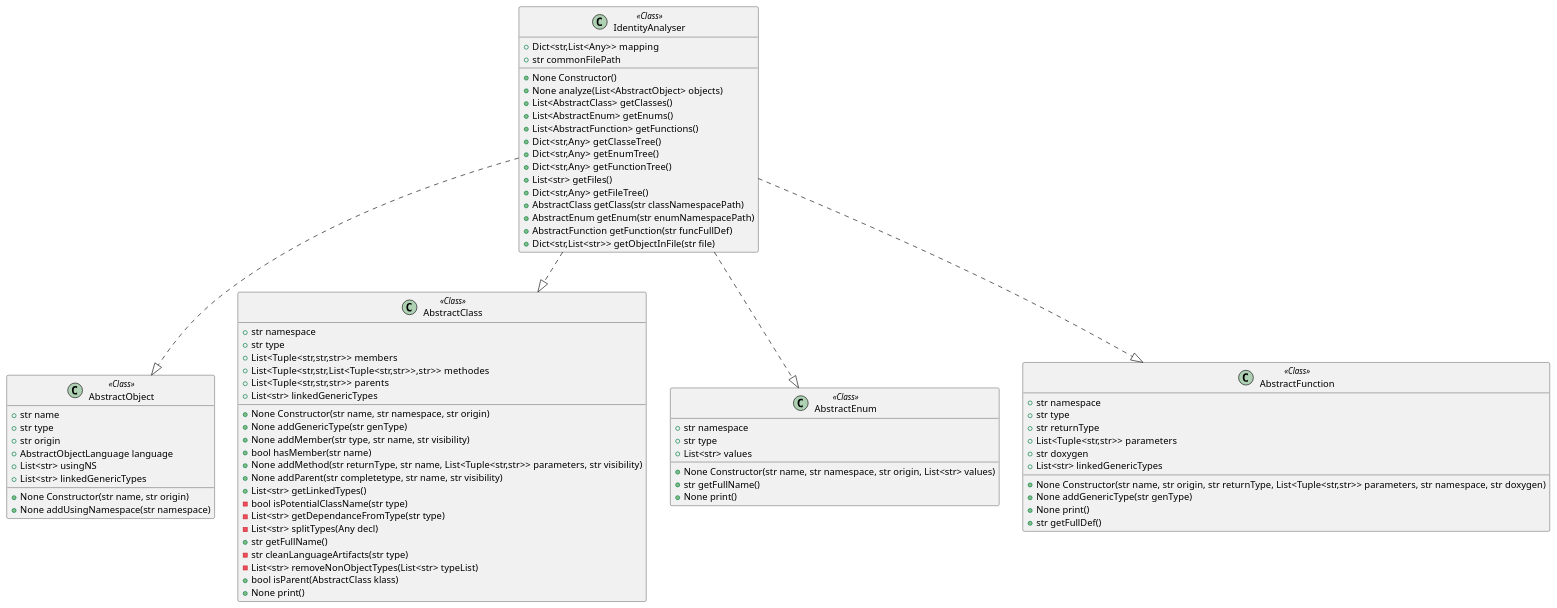
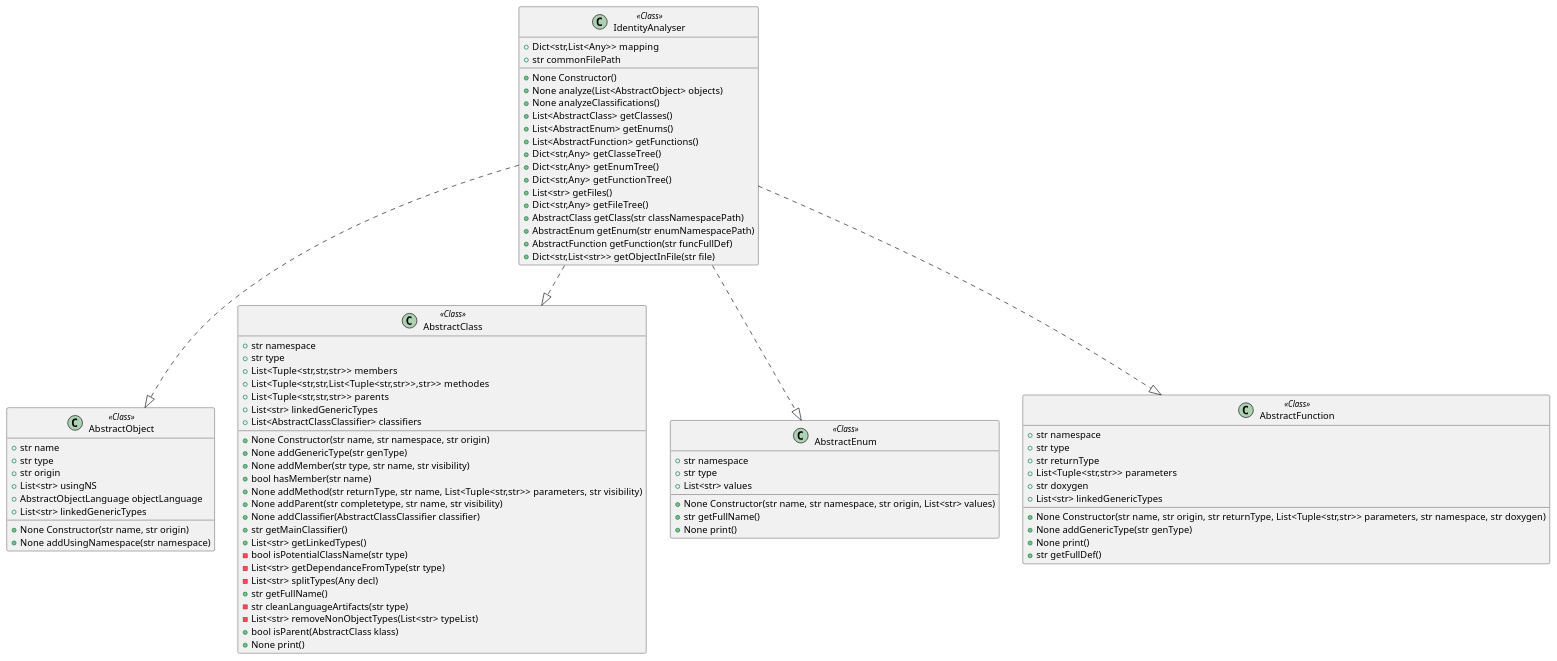
The diagram in docs/source/code/diagrams/pycodeanalyzer_core_analyzer_identification_IdentityAnalyser.plantuml (miong/pycodeanalyzer), drawn with PlantUML before and after one commit. The commit also changed 60 other files, not shown here.

```diff
--- a/docs/source/code/diagrams/pycodeanalyzer_core_analyzer_identification_IdentityAnalyser.plantuml
+++ b/docs/source/code/diagrams/pycodeanalyzer_core_analyzer_identification_IdentityAnalyser.plantuml
@@ -1,82 +1,86 @@
 @startuml
 class IdentityAnalyser <<Class>>
 {
 + Dict<str,List<Any>> mapping
 + str commonFilePath
 +None Constructor()
 +None analyze(List<AbstractObject> objects)
++None analyzeClassifications()
 +List<AbstractClass> getClasses()
 +List<AbstractEnum> getEnums()
 +List<AbstractFunction> getFunctions()
 +Dict<str,Any> getClasseTree()
 +Dict<str,Any> getEnumTree()
 +Dict<str,Any> getFunctionTree()
 +List<str> getFiles()
 +Dict<str,Any> getFileTree()
 +AbstractClass getClass(str classNamespacePath)
 +AbstractEnum getEnum(str enumNamespacePath)
 +AbstractFunction getFunction(str funcFullDef)
 +Dict<str,List<str>> getObjectInFile(str file)
 }
 class AbstractObject <<Class>>
 {
 + str name
 + str type
 + str origin
-+ AbstractObjectLanguage language
 + List<str> usingNS
++ AbstractObjectLanguage objectLanguage
 + List<str> linkedGenericTypes
 +None Constructor(str name, str origin)
 +None addUsingNamespace(str namespace)
 }
 class AbstractClass <<Class>>
 {
 + str namespace
 + str type
 + List<Tuple<str,str,str>> members
 + List<Tuple<str,str,List<Tuple<str,str>>,str>> methodes
 + List<Tuple<str,str,str>> parents
 + List<str> linkedGenericTypes
++ List<AbstractClassClassifier> classifiers
 +None Constructor(str name, str namespace, str origin)
 +None addGenericType(str genType)
 +None addMember(str type, str name, str visibility)
 +bool hasMember(str name)
 +None addMethod(str returnType, str name, List<Tuple<str,str>> parameters, str visibility)
 +None addParent(str completetype, str name, str visibility)
++None addClassifier(AbstractClassClassifier classifier)
++str getMainClassifier()
 +List<str> getLinkedTypes()
 -bool isPotentialClassName(str type)
 -List<str> getDependanceFromType(str type)
 -List<str> splitTypes(Any decl)
 +str getFullName()
 -str cleanLanguageArtifacts(str type)
 -List<str> removeNonObjectTypes(List<str> typeList)
 +bool isParent(AbstractClass klass)
 +None print()
 }
 class AbstractEnum <<Class>>
 {
 + str namespace
 + str type
 + List<str> values
 +None Constructor(str name, str namespace, str origin, List<str> values)
 +str getFullName()
 +None print()
 }
 class AbstractFunction <<Class>>
 {
 + str namespace
 + str type
 + str returnType
 + List<Tuple<str,str>> parameters
 + str doxygen
 + List<str> linkedGenericTypes
 +None Constructor(str name, str origin, str returnType, List<Tuple<str,str>> parameters, str namespace, str doxygen)
 +None addGenericType(str genType)
 +None print()
 +str getFullDef()
 }
 IdentityAnalyser ..|> AbstractObject
 IdentityAnalyser ..|> AbstractClass
 IdentityAnalyser ..|> AbstractEnum
 IdentityAnalyser ..|> AbstractFunction
 @enduml
```
